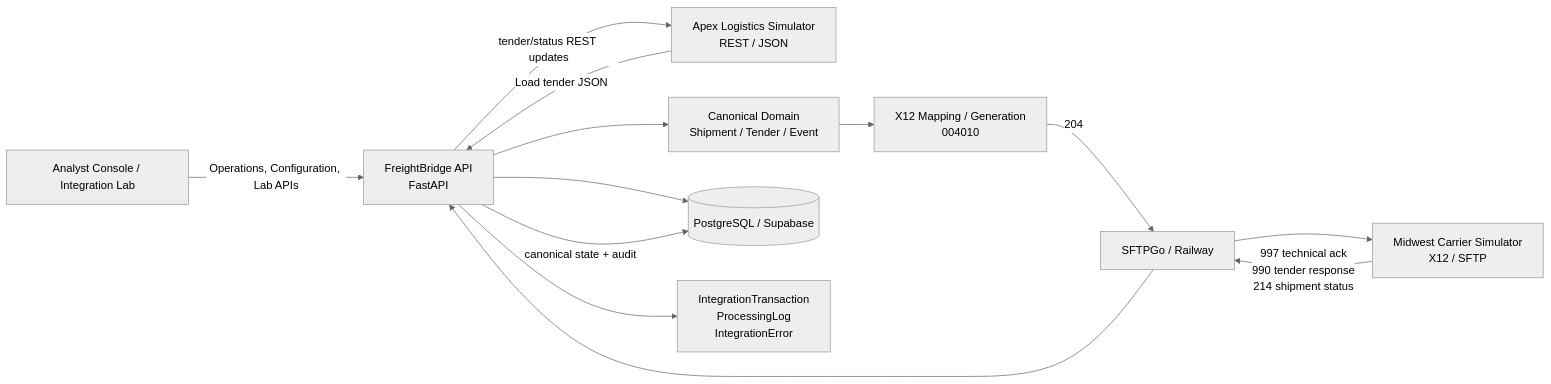
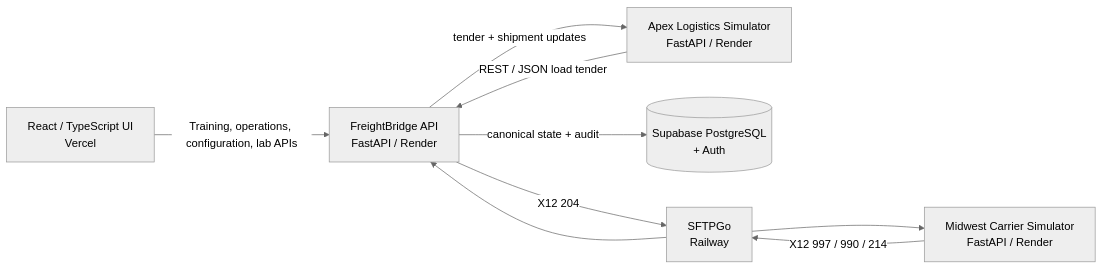
Before and after one commit to Ryandeboss/FreightBridge: the diagram in README.md, drawn with Mermaid (neutral theme). The commit also changed other lines of this file, not shown here.

````diff
--- a/README.md
+++ b/README.md
@@ -36,25 +167,18 @@
 ```mermaid
 flowchart LR
-  Analyst[Analyst Console / Integration Lab]
-  Apex[Apex Logistics Simulator<br/>REST / JSON]
-  FB[FreightBridge API<br/>FastAPI]
-  Canonical[Canonical Domain<br/>Shipment / Tender / Event]
-  DB[(PostgreSQL / Supabase)]
-  Audit[IntegrationTransaction<br/>ProcessingLog<br/>IntegrationError]
-  Mapper[X12 Mapping / Generation<br/>004010]
-  SFTP[SFTPGo / Railway]
-  Midwest[Midwest Carrier Simulator<br/>X12 / SFTP]
+  UI[React / TypeScript UI<br/>Vercel]
+  Apex[Apex Logistics Simulator<br/>FastAPI / Render]
+  FB[FreightBridge API<br/>FastAPI / Render]
+  DB[(Supabase PostgreSQL<br/>+ Auth)]
+  SFTP[SFTPGo<br/>Railway]
+  Midwest[Midwest Carrier Simulator<br/>FastAPI / Render]
 
-  Analyst -->|Operations, Configuration, Lab APIs| FB
-  Apex -->|Load tender JSON| FB
-  FB --> Canonical
-  FB --> DB
-  FB --> Audit
-  Canonical --> Mapper
-  Mapper -->|204| SFTP
+  UI -->|Training, operations, configuration, lab APIs| FB
+  Apex -->|REST / JSON load tender| FB
+  FB -->|canonical state + audit| DB
+  FB -->|X12 204| SFTP
   SFTP --> Midwest
-  Midwest -->|997 technical ack<br/>990 tender response<br/>214 shipment status| SFTP
+  Midwest -->|X12 997 / 990 / 214| SFTP
   SFTP --> FB
-  FB -->|canonical state + audit| DB
-  FB -->|tender/status REST updates| Apex
+  FB -->|tender + shipment updates| Apex
 ```
````
